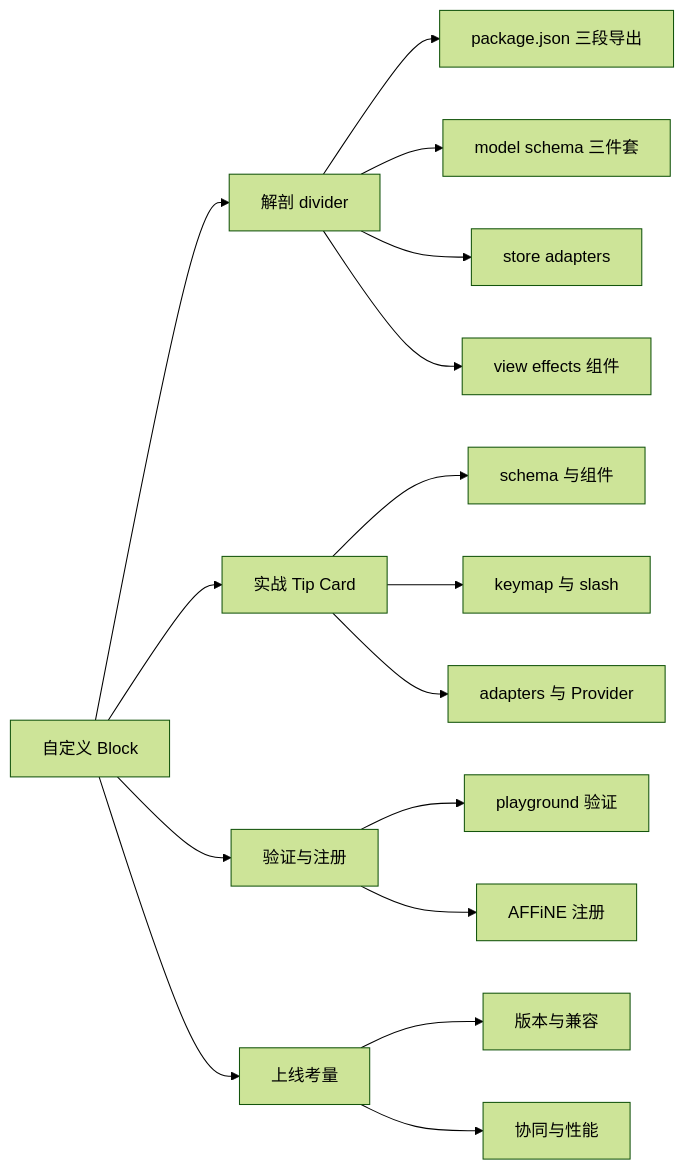
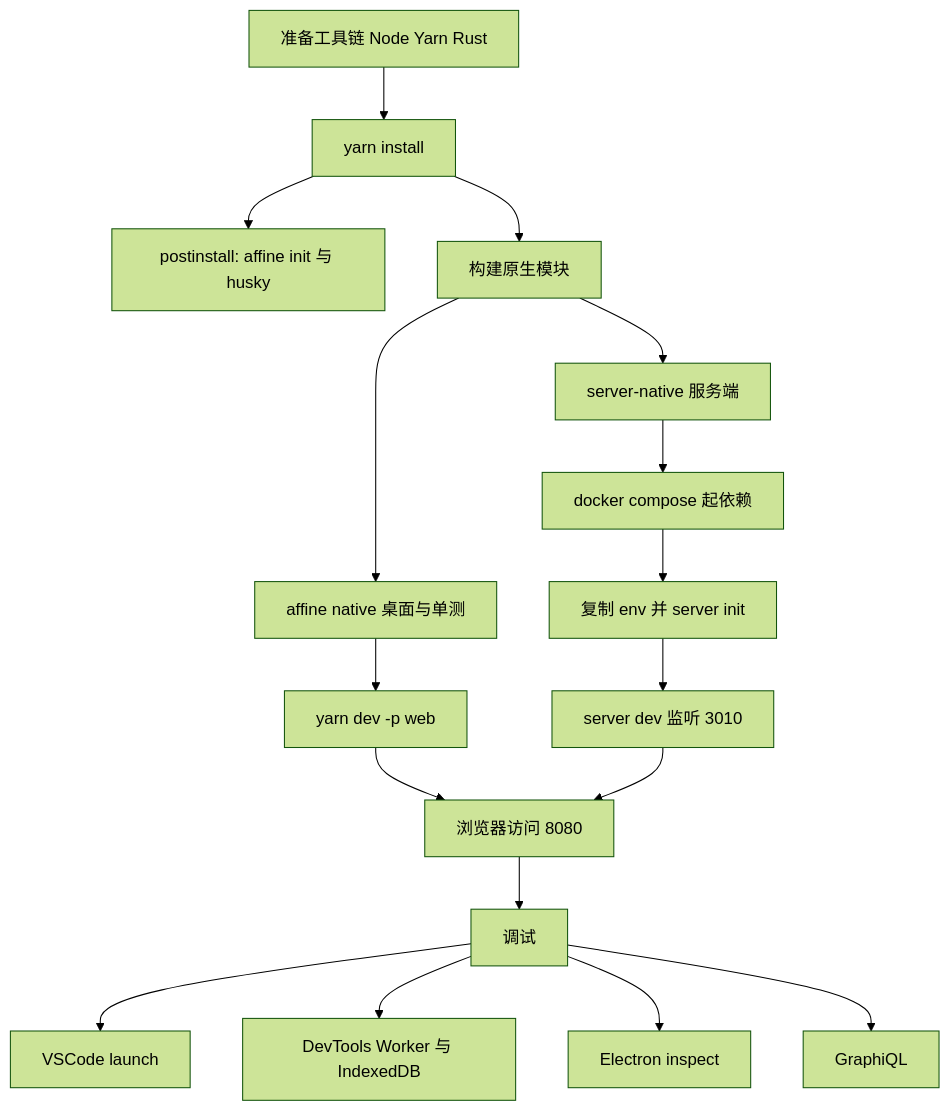
One commit to lfire/AFFiNE changed the first of 2 diagrams in learning-guide/slides/decks/15.md. Above: the diagram before and after it, drawn with Mermaid (forest theme). The commit also changed other lines of this file and 73 other files, not shown here.

````diff
--- a/learning-guide/slides/decks/15.md
+++ b/learning-guide/slides/decks/15.md
@@ -44,18 +33,19 @@
 ```mermaid
-flowchart LR
-  ROOT["自定义 Block"] --> A["解剖 divider"]
-  ROOT --> B["实战 Tip Card"]
-  ROOT --> C["验证与注册"]
-  ROOT --> D["上线考量"]
-  A --> A1["package.json 三段导出"]
-  A --> A2["model schema 三件套"]
-  A --> A3["store adapters"]
-  A --> A4["view effects 组件"]
-  B --> B1["schema 与组件"]
-  B --> B2["keymap 与 slash"]
-  B --> B3["adapters 与 Provider"]
-  C --> C1["playground 验证"]
-  C --> C2["AFFiNE 注册"]
-  D --> D1["版本与兼容"]
-  D --> D2["协同与性能"]
+flowchart TB
+  A["准备工具链 Node Yarn Rust"] --> B["yarn install"]
+  B --> B1["postinstall: affine init 与 husky"]
+  B --> C["构建原生模块"]
+  C --> C1["affine native 桌面与单测"]
+  C --> C2["server-native 服务端"]
+  C1 --> D["yarn dev -p web"]
+  D --> D1["浏览器访问 8080"]
+  C2 --> E["docker compose 起依赖"]
+  E --> E1["复制 env 并 server init"]
+  E1 --> E2["server dev 监听 3010"]
+  E2 --> D1
+  D1 --> F["调试"]
+  F --> F1["VSCode launch"]
+  F --> F2["DevTools Worker 与 IndexedDB"]
+  F --> F3["Electron inspect"]
+  F --> F4["GraphiQL"]
 ```
````
